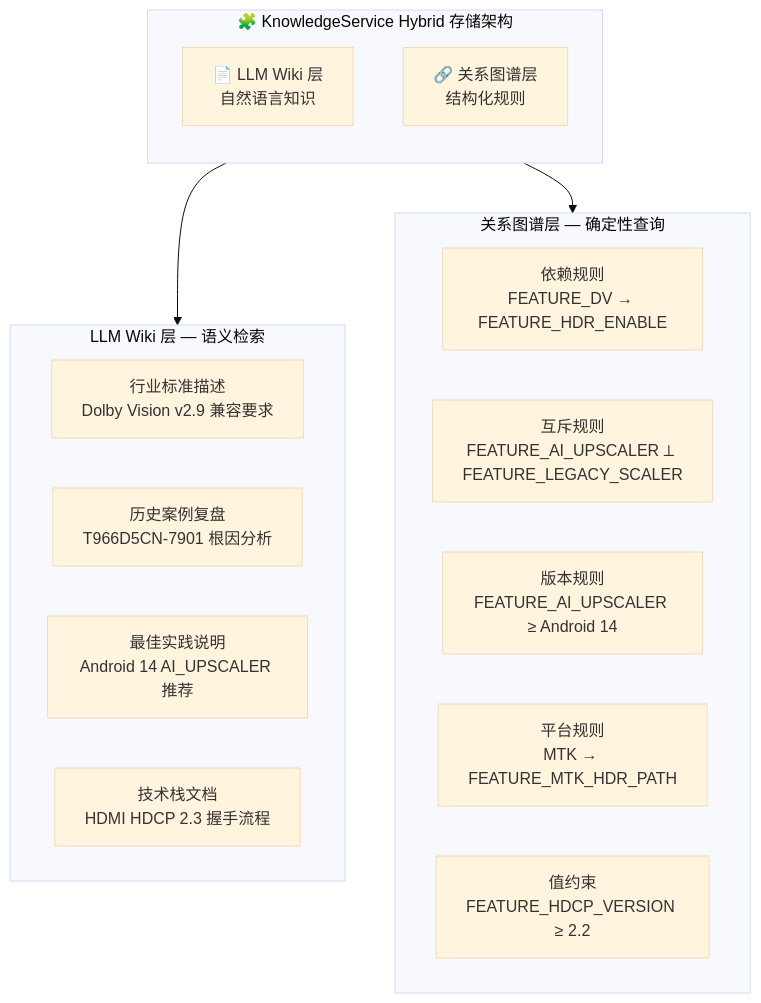
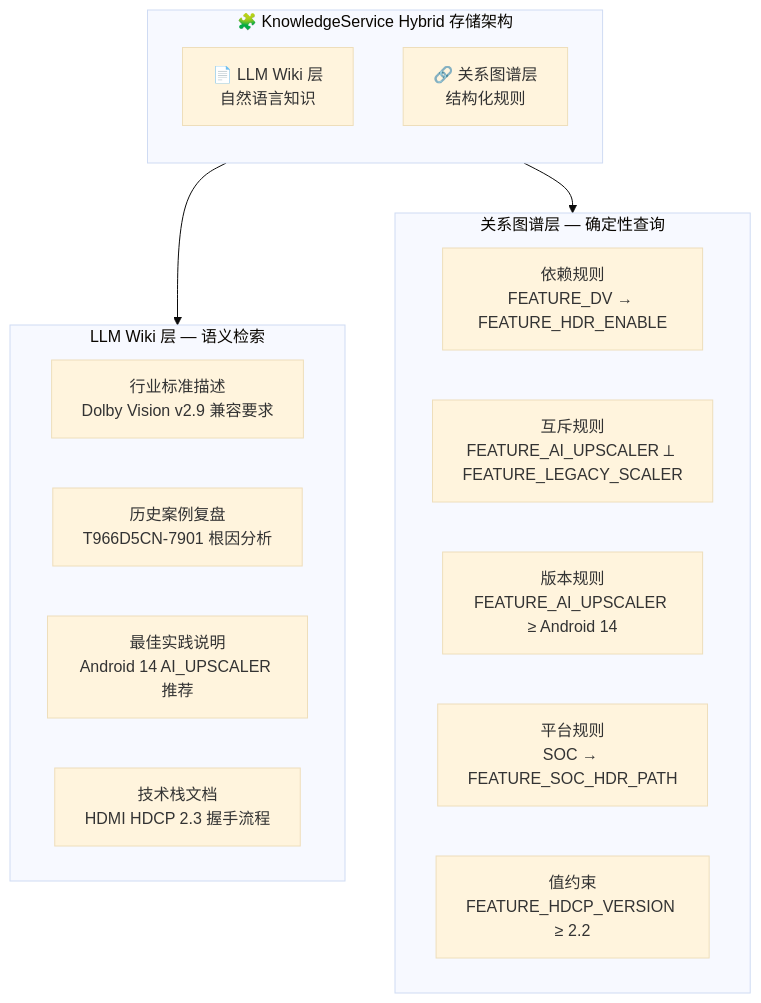
Before and after one commit to liuzidong123/harness-adk: the seventh of 28 diagrams in feature_spec_knowledge.md, drawn with Mermaid (base theme). The commit also changed other lines of this file, not shown here.

````diff
--- a/feature_spec_knowledge.md
+++ b/feature_spec_knowledge.md
@@ -391,26 +391,26 @@
 ```mermaid
 flowchart TB
     subgraph Hybrid["🧩 KnowledgeService Hybrid 存储架构"]
         direction TB
         W["📄 LLM Wiki 层<br/>自然语言知识"]
         G["🔗 关系图谱层<br/>结构化规则"]
     end
 
     subgraph Wiki["LLM Wiki 层 — 语义检索"]
         W1[行业标准描述<br/>Dolby Vision v2.9 兼容要求]
         W2[历史案例复盘<br/>T966D5CN-7901 根因分析]
         W3[最佳实践说明<br/>Android 14 AI_UPSCALER 推荐]
         W4[技术栈文档<br/>HDMI HDCP 2.3 握手流程]
     end
 
     subgraph Graph["关系图谱层 — 确定性查询"]
         G1[依赖规则<br/>FEATURE_DV → FEATURE_HDR_ENABLE]
         G2[互斥规则<br/>FEATURE_AI_UPSCALER ⟂ FEATURE_LEGACY_SCALER]
         G3[版本规则<br/>FEATURE_AI_UPSCALER ≥ Android 14]
-        G4[平台规则<br/>MTK → FEATURE_MTK_HDR_PATH]
+        G4[平台规则<br/>SOC → FEATURE_SOC_HDR_PATH]
         G5[值约束<br/>FEATURE_HDCP_VERSION ≥ 2.2]
     end
 
     Hybrid --> Wiki
     Hybrid --> Graph
 ```
````
